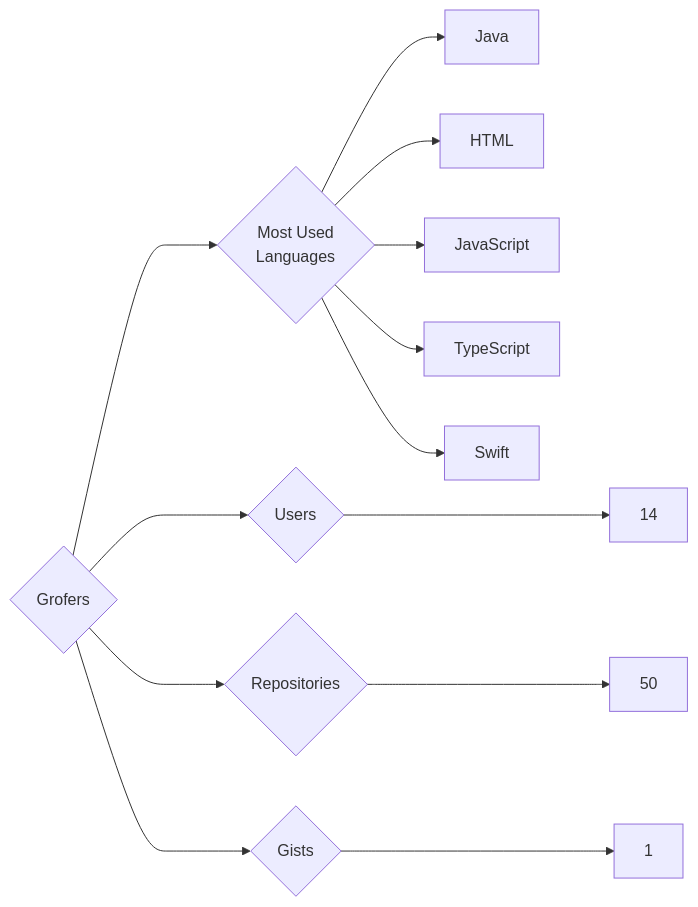
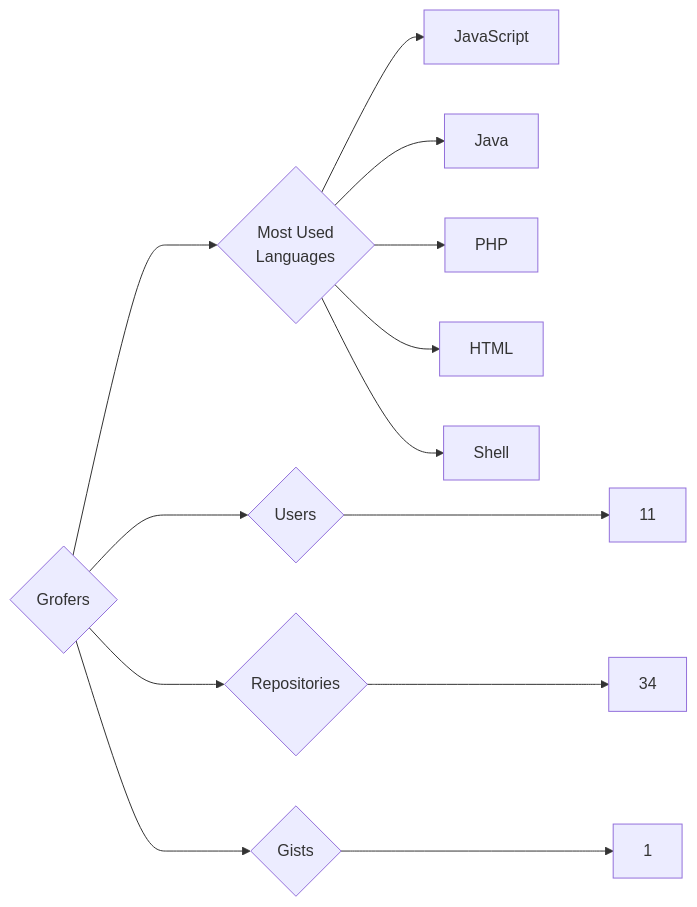
Before and after one commit to trickest/insiders: the diagram in targets/Grofers/README.md, drawn with Mermaid. The commit also changed 1148 other files, not shown here.

````diff
--- a/targets/Grofers/README.md
+++ b/targets/Grofers/README.md
@@ -3,13 +3,13 @@
 ```mermaid
 graph LR
 COMPANY_NAME{Grofers}
-COMPANY_NAME ---> U{Users} ---> UN[14]
-COMPANY_NAME ---> R{Repositories} ---> RN[50]
+COMPANY_NAME ---> U{Users} ---> UN[11]
+COMPANY_NAME ---> R{Repositories} ---> RN[34]
 COMPANY_NAME ---> G{Gists} ---> GN[1]
 COMPANY_NAME ---> ML{Most Used<br>Languages}
+ML --> JavaScript[JavaScript]
 ML --> Java[Java]
+ML --> PHP[PHP]
 ML --> HTML[HTML]
-ML --> JavaScript[JavaScript]
-ML --> TypeScript[TypeScript]
-ML --> Swift[Swift]
+ML --> Shell[Shell]
 ```
````
